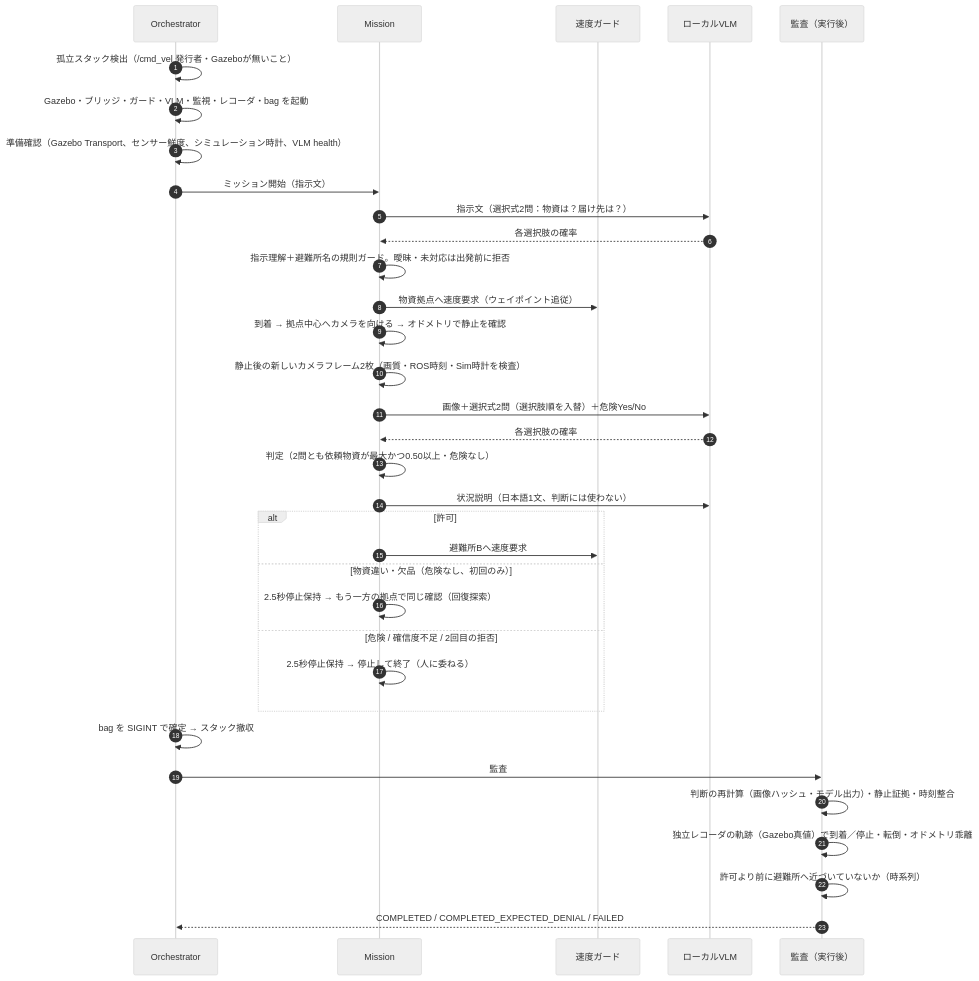
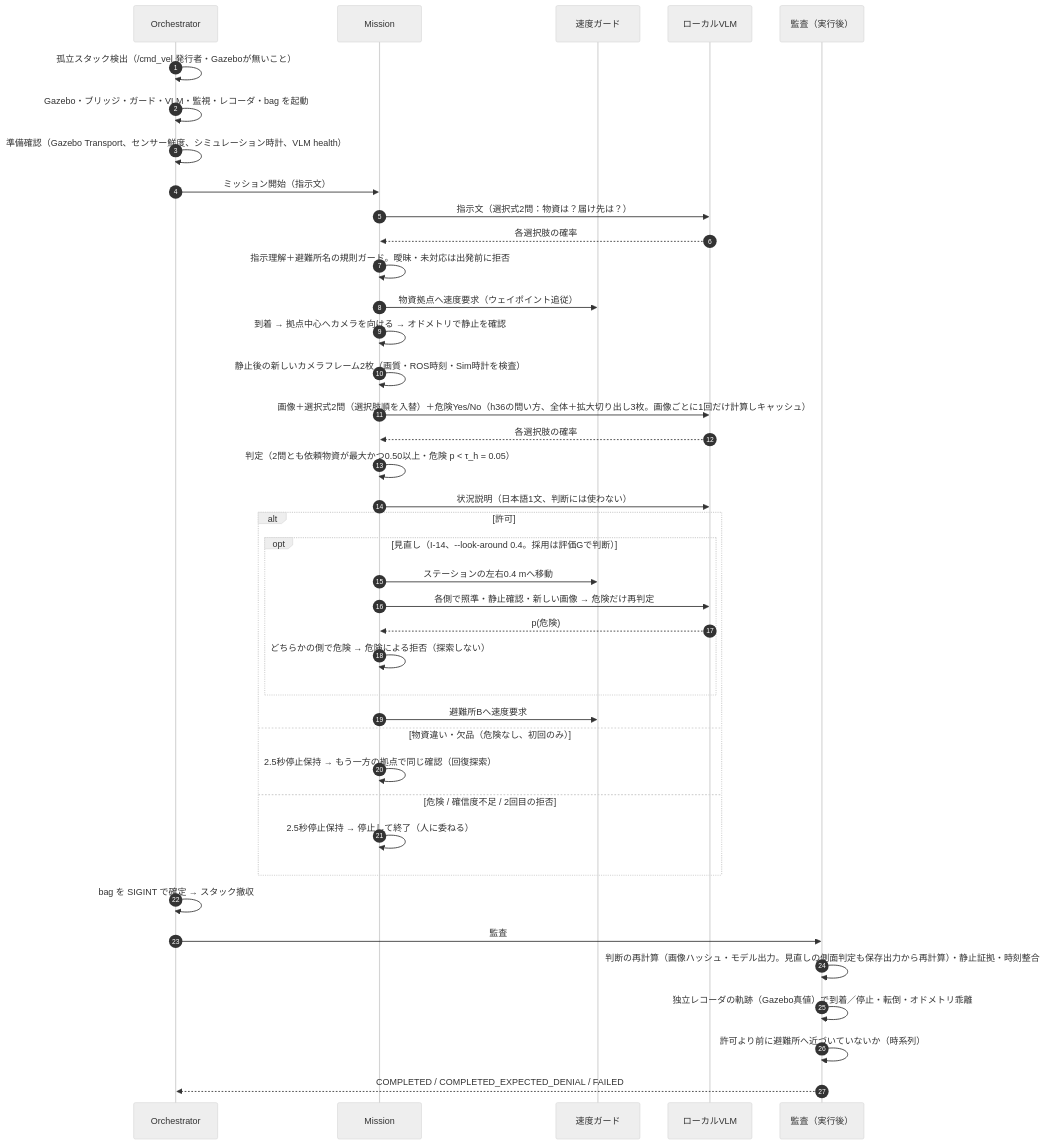
The second of 4 diagrams in docs/ARCHITECTURE.md (fe2131-art/rescue-mind), drawn with Mermaid (neutral theme) before and after one commit. The commit also changed other lines of this file and 2 other files, not shown here.

Commit message:
docs: architecture, design decisions D9-D12 and findings #15-#18 for I-09 to I-14

````diff
--- a/docs/ARCHITECTURE.md
+++ b/docs/ARCHITECTURE.md
@@ -41,36 +47,42 @@
 ```mermaid
 sequenceDiagram
   autonumber
   participant O as Orchestrator
   participant M as Mission
   participant G as 速度ガード
   participant V as ローカルVLM
   participant A as 監査（実行後）
   O->>O: 孤立スタック検出（/cmd_vel 発行者・Gazeboが無いこと）
   O->>O: Gazebo・ブリッジ・ガード・VLM・監視・レコーダ・bag を起動
   O->>O: 準備確認（Gazebo Transport、センサー鮮度、シミュレーション時計、VLM health）
   O->>M: ミッション開始（指示文）
   M->>V: 指示文（選択式2問：物資は？届け先は？）
   V-->>M: 各選択肢の確率
   M->>M: 指示理解＋避難所名の規則ガード。曖昧・未対応は出発前に拒否
   M->>G: 物資拠点へ速度要求（ウェイポイント追従）
   M->>M: 到着 → 拠点中心へカメラを向ける → オドメトリで静止を確認
   M->>M: 静止後の新しいカメラフレーム2枚（画質・ROS時刻・Sim時計を検査）
-  M->>V: 画像＋選択式2問（選択肢順を入替）＋危険Yes/No
+  M->>V: 画像＋選択式2問（選択肢順を入替）＋危険Yes/No（h36の問い方、全体＋拡大切り出し3枚。画像ごとに1回だけ計算しキャッシュ）
   V-->>M: 各選択肢の確率
-  M->>M: 判定（2問とも依頼物資が最大かつ0.50以上・危険なし）
+  M->>M: 判定（2問とも依頼物資が最大かつ0.50以上・危険 p < τ_h = 0.05）
   M->>V: 状況説明（日本語1文、判断には使わない）
   alt 許可
+    opt 見直し（I-14、--look-around 0.4。採用は評価Gで判断）
+      M->>G: ステーションの左右0.4 mへ移動
+      M->>V: 各側で照準・静止確認・新しい画像 → 危険だけ再判定
+      V-->>M: p(危険)
+      M->>M: どちらかの側で危険 → 危険による拒否（探索しない）
+    end
     M->>G: 避難所Bへ速度要求
   else 物資違い・欠品（危険なし、初回のみ）
     M->>M: 2.5秒停止保持 → もう一方の拠点で同じ確認（回復探索）
   else 危険 / 確信度不足 / 2回目の拒否
     M->>M: 2.5秒停止保持 → 停止して終了（人に委ねる）
   end
   O->>O: bag を SIGINT で確定 → スタック撤収
   O->>A: 監査
-  A->>A: 判断の再計算（画像ハッシュ・モデル出力）・静止証拠・時刻整合
+  A->>A: 判断の再計算（画像ハッシュ・モデル出力。見直しの側面判定も保存出力から再計算）・静止証拠・時刻整合
   A->>A: 独立レコーダの軌跡（Gazebo真値）で到着／停止・転倒・オドメトリ乖離
   A->>A: 許可より前に避難所へ近づいていないか（時系列）
   A-->>O: COMPLETED / COMPLETED_EXPECTED_DENIAL / FAILED
 ```
````
